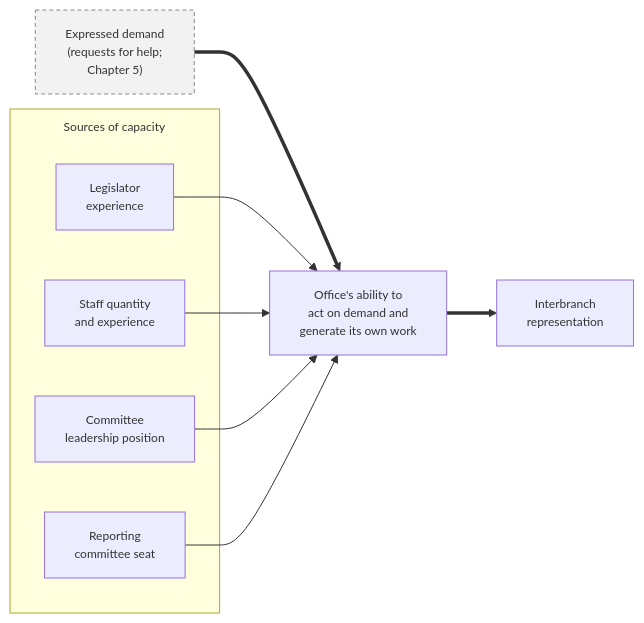
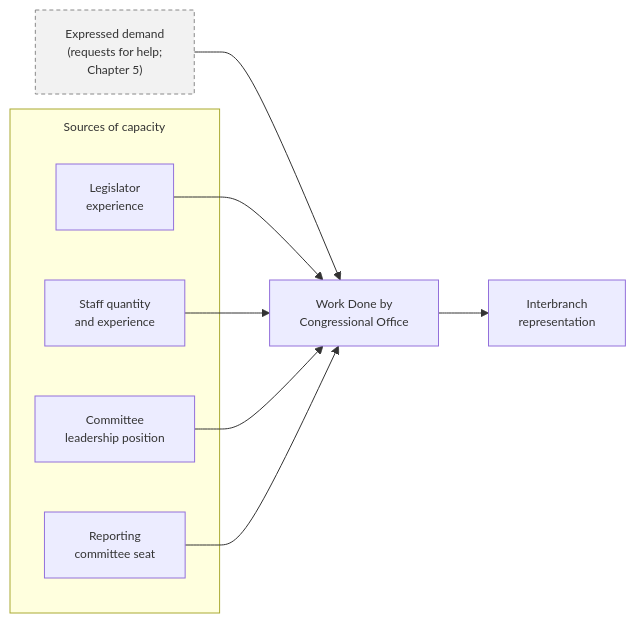
Before and after one commit to judgelord/cor-book: the third of 6 diagrams in causal.qmd, drawn with Mermaid. The commit also changed other lines of this file, not shown here.

````diff
--- a/causal.qmd
+++ b/causal.qmd
@@ -131,25 +127,25 @@
 ```{mermaid}
 %%| label: fig-causal-capacity
 %%| fig-cap: "How congressional office capacity shapes interbranch representation"
 %%| fig-width: 6.5
 %%| out-width: "100%"
 %%{init: {"themeVariables": {"fontSize": "12px"}, "flowchart": {"subGraphTitleMargin": {"top": 10, "bottom": 10}, "htmlLabels": false}}}%%
 flowchart LR
     D["Expressed demand<br/>(requests for help;<br/>Chapter 5)"]
     subgraph src ["Sources of capacity"]
         LE["Legislator<br/>experience"]
         ST["Staff quantity<br/>and experience"]
         CP["Committee<br/>leadership position"]
         RC["Reporting<br/>committee seat"]
     end
-    O["Office's ability to<br/>act on demand and<br/>generate its own work"]
+    O["Work Done by<br/>Congressional Office"]
     W["Interbranch<br/>representation"]
-    D ==> O
+    D --> O
     LE --> O
     ST --> O
     CP --> O
     RC --> O
-    O ==> W
+    O --> W
     classDef demand fill:#f2f2f2,stroke:#888,stroke-dasharray: 4 3
     class D demand
 ```
````
